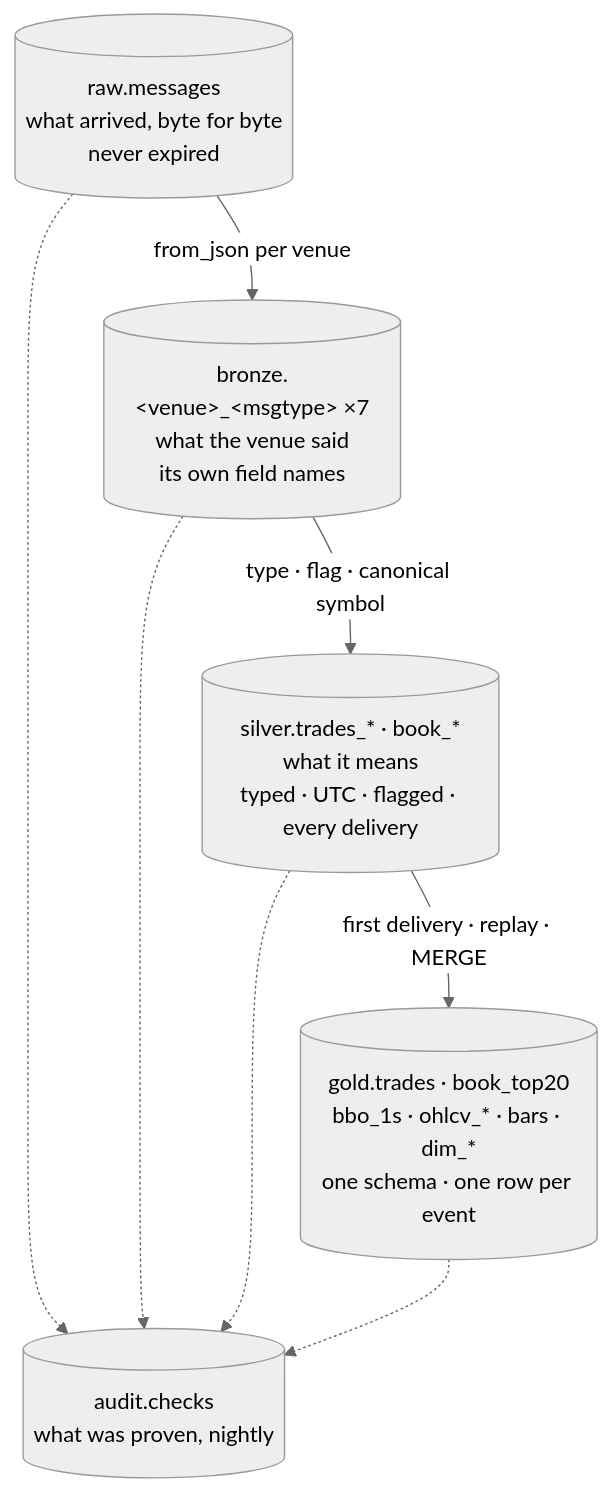
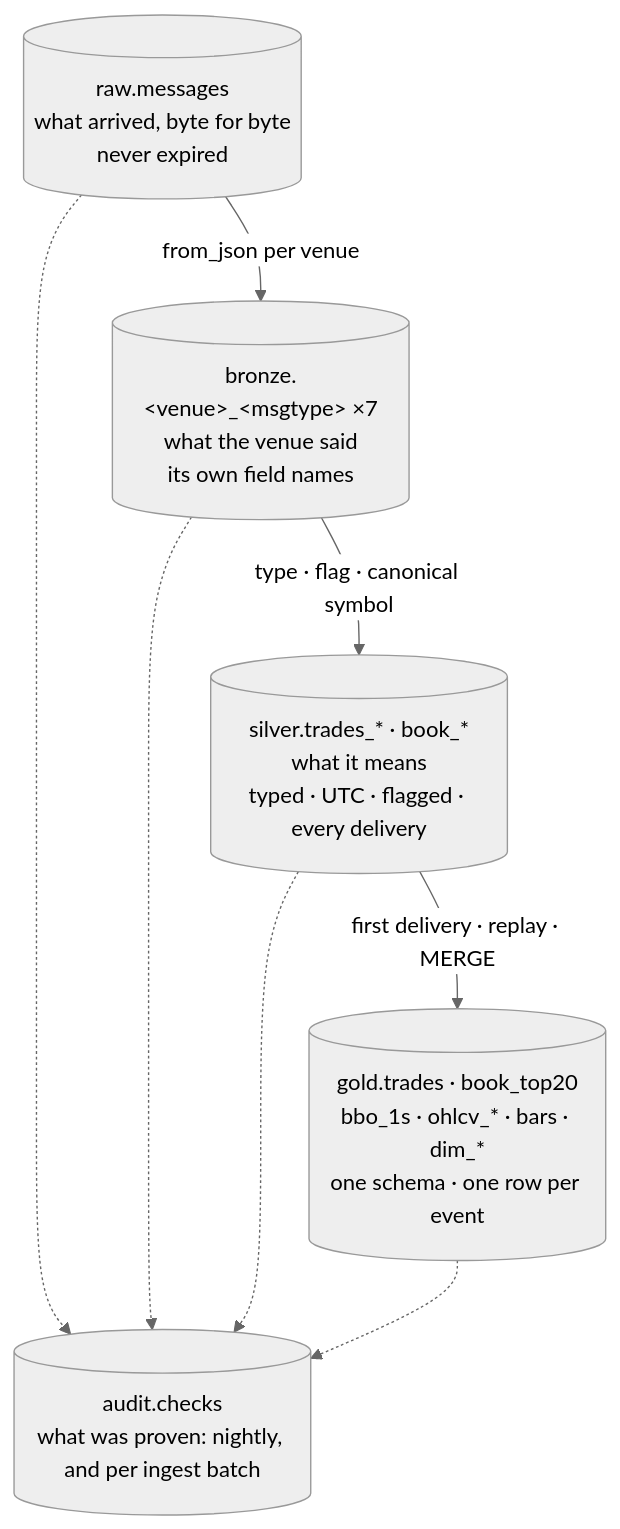
Before and after one commit to rjdscott/k2-market-data-platform: the diagram in docs/architecture/09-lake-layers.md, drawn with Mermaid (neutral theme). The commit also changed other lines of this file and 7 other files, not shown here.

First line of the commit message:
docs(architecture): chapters 04, 08, 09, 11, 12, 13, 14 and A1 in line with P3

````diff
--- a/docs/architecture/09-lake-layers.md
+++ b/docs/architecture/09-lake-layers.md
@@ -49,12 +51,12 @@
 ```mermaid
 flowchart TB
   RAW[("raw.messages<br/>what arrived, byte for byte<br/>never expired")]
   BR[("bronze.&lt;venue&gt;_&lt;msgtype&gt; ×7<br/>what the venue said<br/>its own field names")]
   SV[("silver.trades_* · book_*<br/>what it means<br/>typed · UTC · flagged · every delivery")]
   GD[("gold.trades · book_top20<br/>bbo_1s · ohlcv_* · bars · dim_*<br/>one schema · one row per event")]
-  AU[("audit.checks<br/>what was proven, nightly")]
+  AU[("audit.checks<br/>what was proven: nightly, and per ingest batch")]
   RAW -->|"from_json per venue"| BR
   BR -->|"type · flag · canonical symbol"| SV
   SV -->|"first delivery · replay · MERGE"| GD
   RAW & BR & SV & GD -.-> AU
 ```
````
